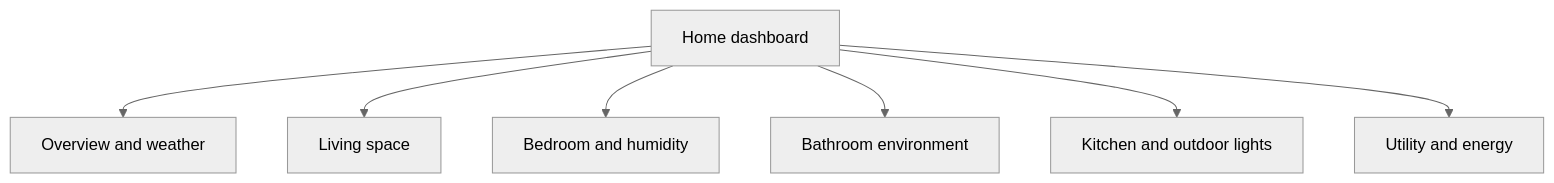
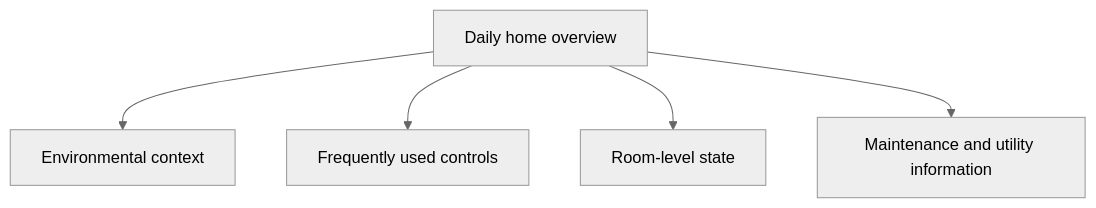
One commit to Charles-drZ/raspberry-home-showcase changed the diagram in docs/home-assistant-ui-architecture.md. Above: the diagram before and after it, drawn with Mermaid (neutral theme). The commit also changed other lines of this file, not shown here.

Commit message:
docs: abstract public Home Assistant UI details

````diff
--- a/docs/home-assistant-ui-architecture.md
+++ b/docs/home-assistant-ui-architecture.md
@@ -44,10 +25,8 @@
 ```mermaid
 flowchart TD
-    HOME[Home dashboard]
-    HOME --> OVERVIEW[Overview and weather]
-    HOME --> LIVING[Living space]
-    HOME --> BEDROOM[Bedroom and humidity]
-    HOME --> BATH[Bathroom environment]
-    HOME --> KITCHEN[Kitchen and outdoor lights]
-    HOME --> UTILITY[Utility and energy]
+    HOME[Daily home overview]
+    HOME --> CONTEXT[Environmental context]
+    HOME --> CONTROL[Frequently used controls]
+    HOME --> ROOMS[Room-level state]
+    HOME --> UTILITY[Maintenance and utility information]
 ```
````
